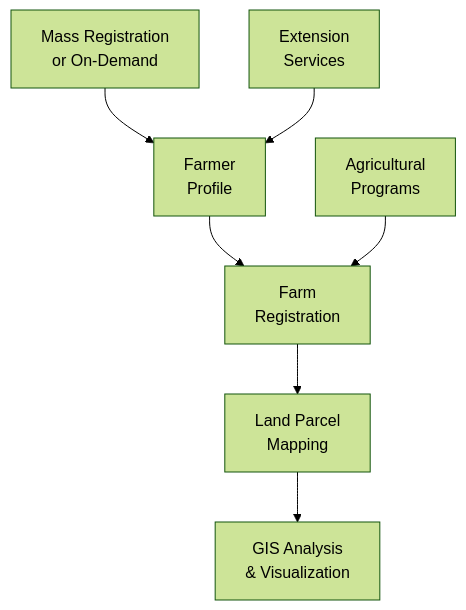
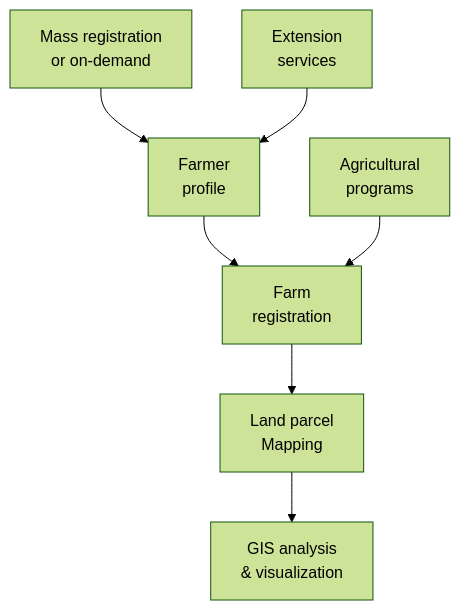
Before and after one commit to OpenSPP/documentation: the second of 2 diagrams in docs/learn/products/farmer_registry.md, drawn with Mermaid (forest theme). The commit also changed other lines of this file and 36 other files, not shown here.

````diff
--- a/docs/learn/products/farmer_registry.md
+++ b/docs/learn/products/farmer_registry.md
@@ -111,9 +111,9 @@
 ```{mermaid}
 graph TB
-    A[Mass Registration<br/>or On-Demand] --> B[Farmer<br/>Profile]
-    B --> C[Farm<br/>Registration]
-    C --> D[Land Parcel<br/>Mapping]
-    D --> E[GIS Analysis<br/>& Visualization]
-    F[Extension<br/>Services] --> B
-    G[Agricultural<br/>Programs] --> C
+    A[Mass registration<br/>or on-demand] --> B[Farmer<br/>profile]
+    B --> C[Farm<br/>registration]
+    C --> D[Land parcel<br/>Mapping]
+    D --> E[GIS analysis<br/>& visualization]
+    F[Extension<br/>services] --> B
+    G[Agricultural<br/>programs] --> C
 ```
````
